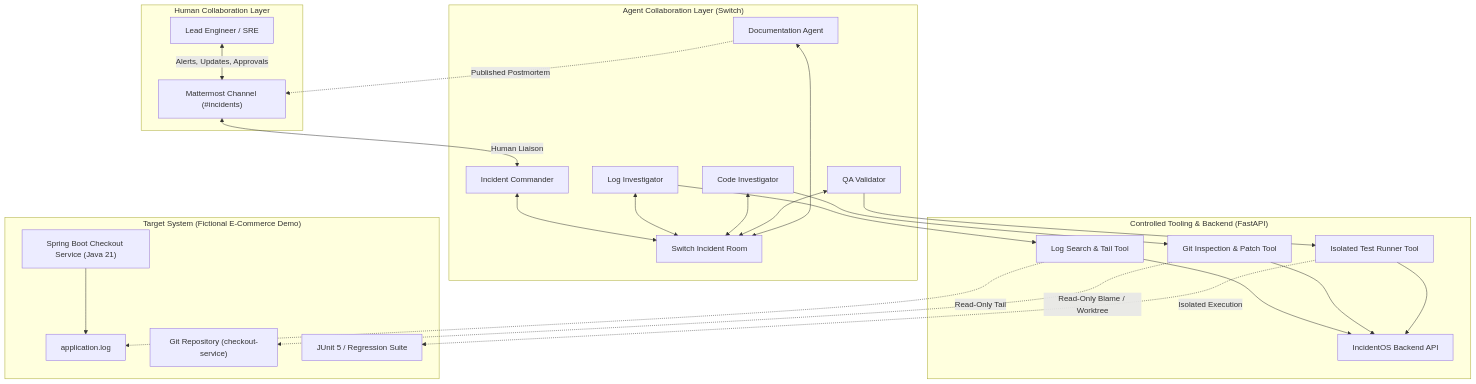
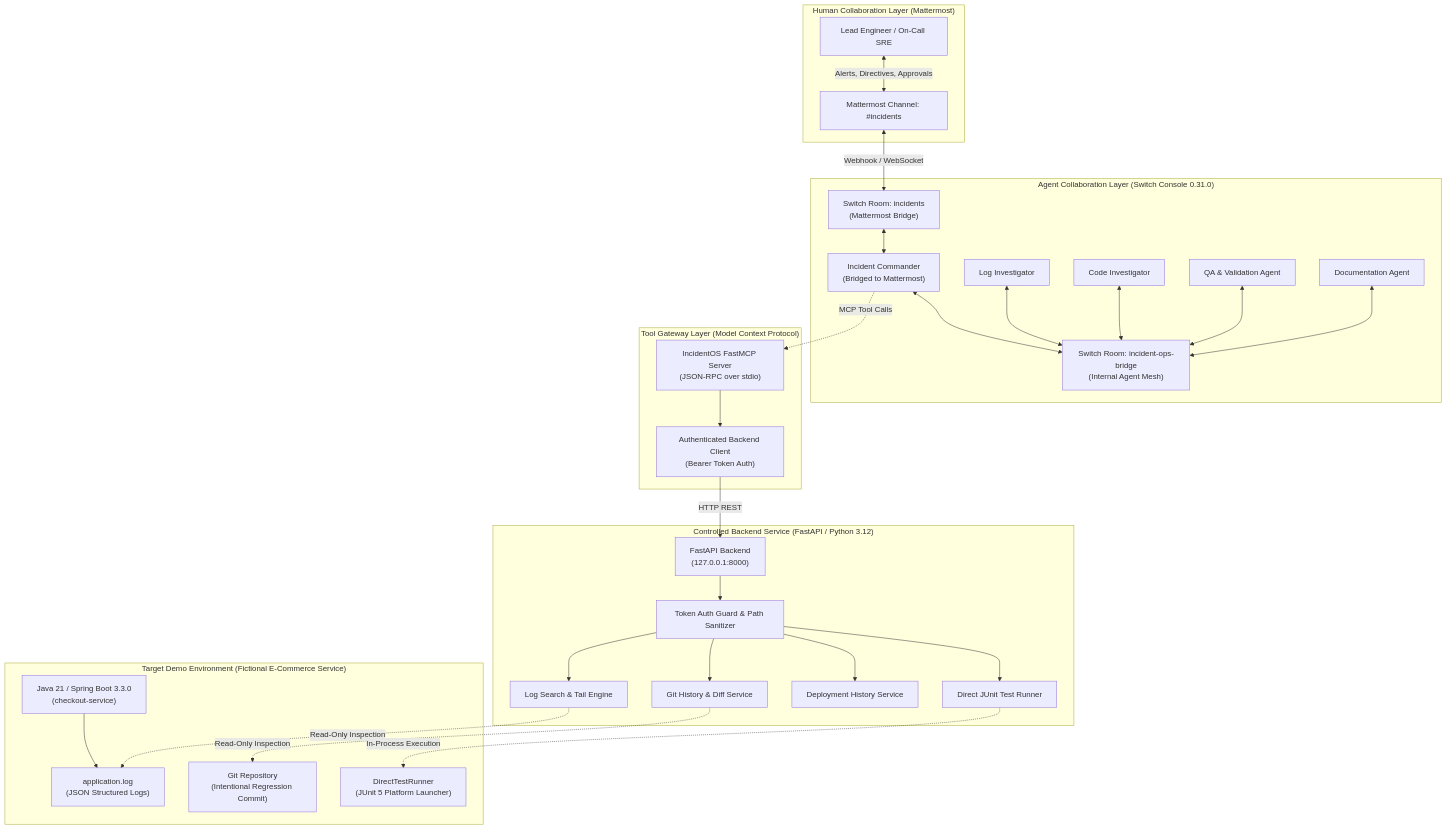
The diagram in README.md (ShaileshKumar007/IncidentOS), drawn with Mermaid before and after one commit. The commit also changed other lines of this file, not shown here.

````diff
--- a/README.md
+++ b/README.md
@@ -20,51 +69,63 @@
 ```mermaid
 flowchart TD
-    subgraph HumanLayer["Human Collaboration Layer"]
-        Human["Lead Engineer / SRE"]
-        MM["Mattermost Channel (#incidents)"]
-        Human <-->|Alerts, Updates, Approvals| MM
+    subgraph HumanLayer["Human Collaboration Layer (Mattermost)"]
+        Human["Lead Engineer / On-Call SRE"]
+        MMChannel["Mattermost Channel: #incidents"]
+        Human <-->|Alerts, Directives, Approvals| MMChannel
     end
 
-    subgraph AgentCoordination["Agent Collaboration Layer (Switch)"]
-        IC["Incident Commander"]
-        SwitchRoom["Switch Incident Room"]
+    subgraph AgentFabric["Agent Collaboration Layer (Switch Console 0.31.0)"]
+        IC["Incident Commander\n(Bridged to Mattermost)"]
+        SwitchBridge["Switch Room: incidents\n(Mattermost Bridge)"]
+        SwitchOps["Switch Room: incident-ops-bridge\n(Internal Agent Mesh)"]
+
         LI["Log Investigator"]
         CI["Code Investigator"]
-        QA["QA Validator"]
+        QA["QA & Validation Agent"]
         Doc["Documentation Agent"]
 
-        MM <-->|Human Liaison| IC
-        IC <--> SwitchRoom
-        LI <--> SwitchRoom
-        CI <--> SwitchRoom
-        QA <--> SwitchRoom
-        Doc <--> SwitchRoom
-        Doc -.->|Published Postmortem| MM
+        MMChannel <-->|Webhook / WebSocket| SwitchBridge
+        SwitchBridge <--> IC
+        IC <--> SwitchOps
+        LI <--> SwitchOps
+        CI <--> SwitchOps
+        QA <--> SwitchOps
+        Doc <--> SwitchOps
     end
 
-    subgraph BackendTools["Controlled Tooling & Backend (FastAPI)"]
-        ToolsAPI["IncidentOS Backend API"]
-        LogTool["Log Search & Tail Tool"]
-        GitTool["Git Inspection & Patch Tool"]
-        TestTool["Isolated Test Runner Tool"]
+    subgraph FastMCPGateway["Tool Gateway Layer (Model Context Protocol)"]
+        MCPServer["IncidentOS FastMCP Server\n(JSON-RPC over stdio)"]
+        BackendClient["Authenticated Backend Client\n(Bearer Token Auth)"]
         
-        LI --> LogTool
-        CI --> GitTool
-        QA --> TestTool
-        LogTool --> ToolsAPI
-        GitTool --> ToolsAPI
-        TestTool --> ToolsAPI
+        IC -.->|MCP Tool Calls| MCPServer
+        MCPServer --> BackendClient
     end
 
-    subgraph TargetApp["Target System (Fictional E-Commerce Demo)"]
-        SpringBootApp["Spring Boot Checkout Service (Java 21)"]
-        Logs["application.log"]
-        GitRepo["Git Repository (checkout-service)"]
-        Tests["JUnit 5 / Regression Suite"]
-        
-        SpringBootApp --> Logs
-        LogTool -.->|Read-Only Tail| Logs
-        GitTool -.->|Read-Only Blame / Worktree| GitRepo
-        TestTool -.->|Isolated Execution| Tests
+    subgraph ControlledBackend["Controlled Backend Service (FastAPI / Python 3.12)"]
+        FastAPIApp["FastAPI Backend\n(127.0.0.1:8000)"]
+        AuthGuard["Token Auth Guard & Path Sanitizer"]
+        LogService["Log Search & Tail Engine"]
+        GitService["Git History & Diff Service"]
+        DeployService["Deployment History Service"]
+        TestService["Direct JUnit Test Runner"]
+
+        BackendClient -->|HTTP REST| FastAPIApp
+        FastAPIApp --> AuthGuard
+        AuthGuard --> LogService
+        AuthGuard --> GitService
+        AuthGuard --> DeployService
+        AuthGuard --> TestService
+    end
+
+    subgraph TargetSystem["Target Demo Environment (Fictional E-Commerce Service)"]
+        DemoApp["Java 21 / Spring Boot 3.3.0\n(checkout-service)"]
+        AppLogs["application.log\n(JSON Structured Logs)"]
+        GitRepo["Git Repository\n(Intentional Regression Commit)"]
+        TestSuites["DirectTestRunner\n(JUnit 5 Platform Launcher)"]
+
+        DemoApp --> AppLogs
+        LogService -.->|Read-Only Inspection| AppLogs
+        GitService -.->|Read-Only Inspection| GitRepo
+        TestService -.->|In-Process Execution| TestSuites
     end
 ```
````
